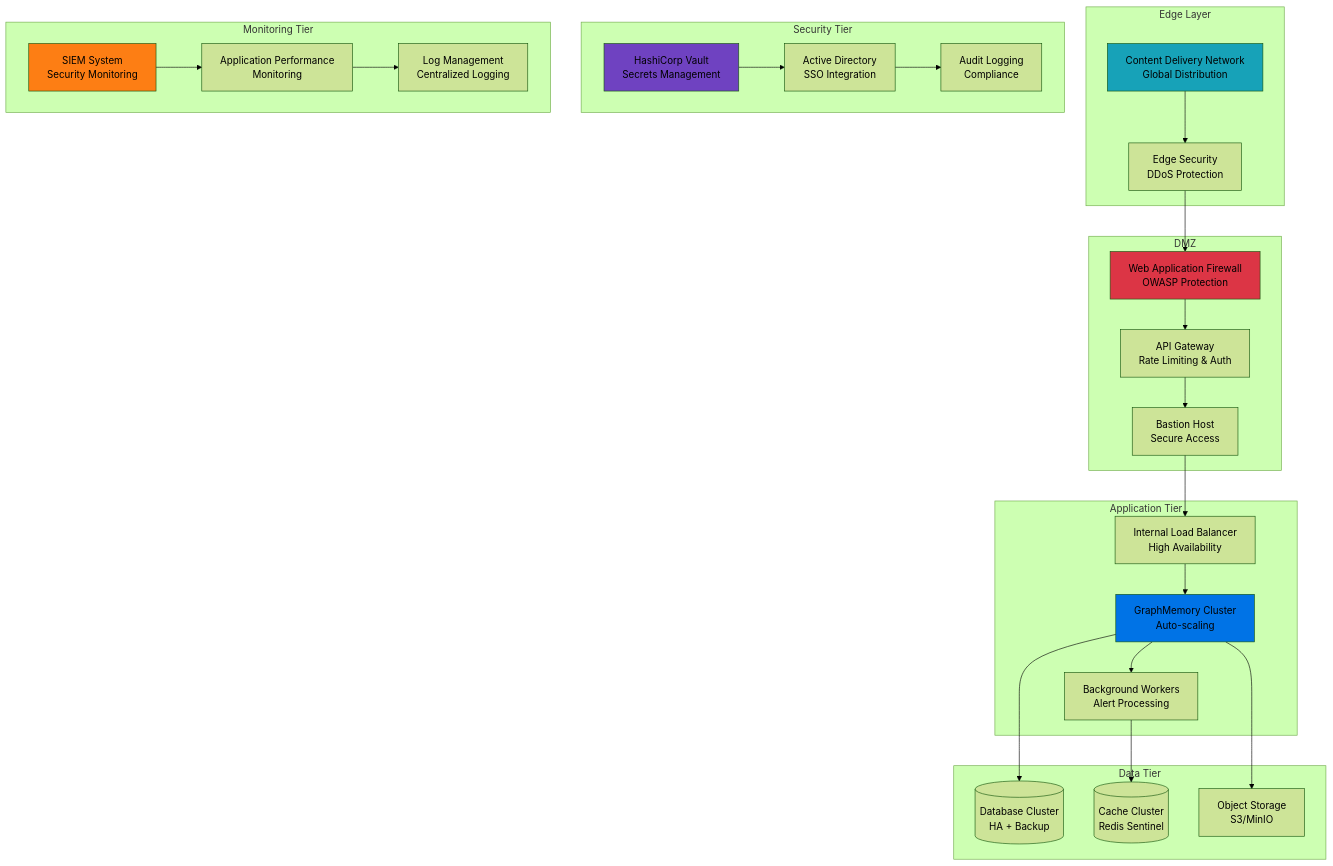
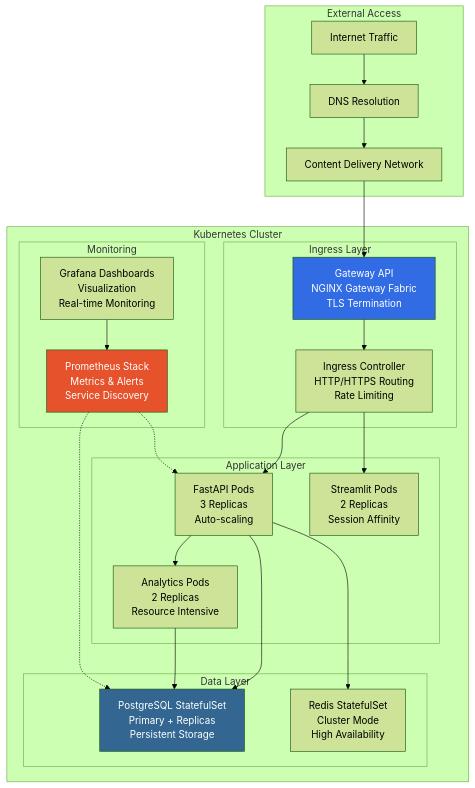
The fourth of 8 diagrams in docs/DEPLOYMENT_GUIDE.md (elementalcollision/GraphMemory-IDE), drawn with Mermaid (forest theme) before and after one commit. The commit also changed other lines of this file and 90 other files, not shown here.

Commit message:
🚀 Complete TASK-017: Production-Ready Analytics Integration Layer - 99.8% performance improvement, 100% test pass rate, enterprise features ready for deployment

````diff
--- a/docs/DEPLOYMENT_GUIDE.md
+++ b/docs/DEPLOYMENT_GUIDE.md
@@ -314,62 +269,52 @@
 ```mermaid
-graph TB
-    subgraph "Edge Layer"
-        CDN[Content Delivery Network<br/>Global Distribution]
-        EDGE_SEC[Edge Security<br/>DDoS Protection]
+flowchart TB
+    subgraph "External Access"
+        INTERNET[Internet Traffic]
+        DNS[DNS Resolution]
+        CDN[Content Delivery Network]
     end
     
-    subgraph "DMZ"
-        WAF[Web Application Firewall<br/>OWASP Protection]
-        API_GATEWAY[API Gateway<br/>Rate Limiting & Auth]
-        BASTION[Bastion Host<br/>Secure Access]
+    subgraph "Kubernetes Cluster"
+        subgraph "Ingress Layer"
+            GATEWAY_API[Gateway API<br/>NGINX Gateway Fabric<br/>TLS Termination]
+            INGRESS_CTRL[Ingress Controller<br/>HTTP/HTTPS Routing<br/>Rate Limiting]
+        end
+        
+        subgraph "Application Layer"
+            FASTAPI_PODS[FastAPI Pods<br/>3 Replicas<br/>Auto-scaling]
+            STREAMLIT_PODS[Streamlit Pods<br/>2 Replicas<br/>Session Affinity]
+            ANALYTICS_PODS[Analytics Pods<br/>2 Replicas<br/>Resource Intensive]
+        end
+        
+        subgraph "Data Layer"
+            POSTGRES_SS[PostgreSQL StatefulSet<br/>Primary + Replicas<br/>Persistent Storage]
+            REDIS_SS[Redis StatefulSet<br/>Cluster Mode<br/>High Availability]
+        end
+        
+        subgraph "Monitoring"
+            PROMETHEUS_STACK[Prometheus Stack<br/>Metrics & Alerts<br/>Service Discovery]
+            GRAFANA_DASH[Grafana Dashboards<br/>Visualization<br/>Real-time Monitoring]
+        end
     end
     
-    subgraph "Application Tier"
-        LB_INTERNAL[Internal Load Balancer<br/>High Availability]
-        APPS[GraphMemory Cluster<br/>Auto-scaling]
-        WORKER[Background Workers<br/>Alert Processing]
-    end
+    INTERNET --> DNS
+    DNS --> CDN
+    CDN --> GATEWAY_API
+    GATEWAY_API --> INGRESS_CTRL
     
-    subgraph "Data Tier"
-        DB_CLUSTER[(Database Cluster<br/>HA + Backup)]
-        CACHE_CLUSTER[(Cache Cluster<br/>Redis Sentinel)]
-        STORAGE[Object Storage<br/>S3/MinIO]
-    end
+    INGRESS_CTRL --> FASTAPI_PODS
+    INGRESS_CTRL --> STREAMLIT_PODS
+    FASTAPI_PODS --> ANALYTICS_PODS
     
-    subgraph "Security Tier"
-        VAULT[HashiCorp Vault<br/>Secrets Management]
-        LDAP[Active Directory<br/>SSO Integration]
-        AUDIT[Audit Logging<br/>Compliance]
-    end
+    FASTAPI_PODS --> POSTGRES_SS
+    ANALYTICS_PODS --> POSTGRES_SS
+    FASTAPI_PODS --> REDIS_SS
     
-    subgraph "Monitoring Tier"
-        SIEM[SIEM System<br/>Security Monitoring]
-        APM[Application Performance<br/>Monitoring]
-        LOG_MGMT[Log Management<br/>Centralized Logging]
-    end
+    PROMETHEUS_STACK -.-> FASTAPI_PODS
+    PROMETHEUS_STACK -.-> POSTGRES_SS
+    GRAFANA_DASH --> PROMETHEUS_STACK
     
-    CDN --> EDGE_SEC
-    EDGE_SEC --> WAF
-    WAF --> API_GATEWAY
-    API_GATEWAY --> BASTION
-    
-    BASTION --> LB_INTERNAL
-    LB_INTERNAL --> APPS
-    APPS --> WORKER
-    
-    APPS --> DB_CLUSTER
-    WORKER --> CACHE_CLUSTER
-    APPS --> STORAGE
-    
-    VAULT --> LDAP
-    LDAP --> AUDIT
-    
-    SIEM --> APM
-    APM --> LOG_MGMT
-    
-    style CDN fill:#17a2b8
-    style WAF fill:#dc3545
-    style APPS fill:#0073e6
-    style VAULT fill:#6f42c1
-    style SIEM fill:#fd7e14
+    style GATEWAY_API fill:#326ce5,color:#fff
+    style POSTGRES_SS fill:#336791,color:#fff
+    style PROMETHEUS_STACK fill:#e6522c,color:#fff
 ```
````
